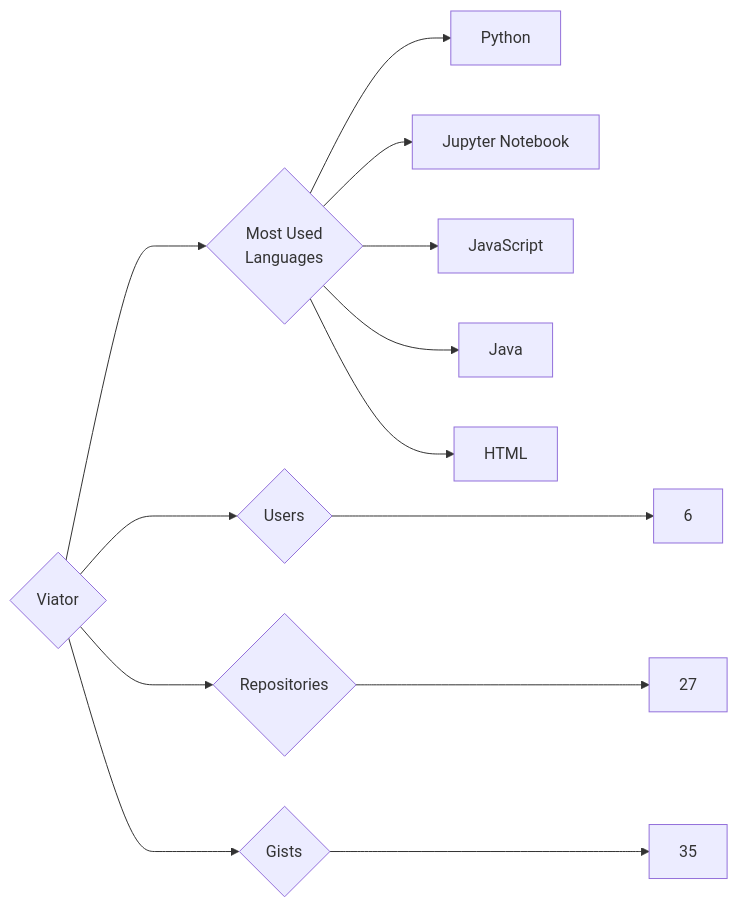
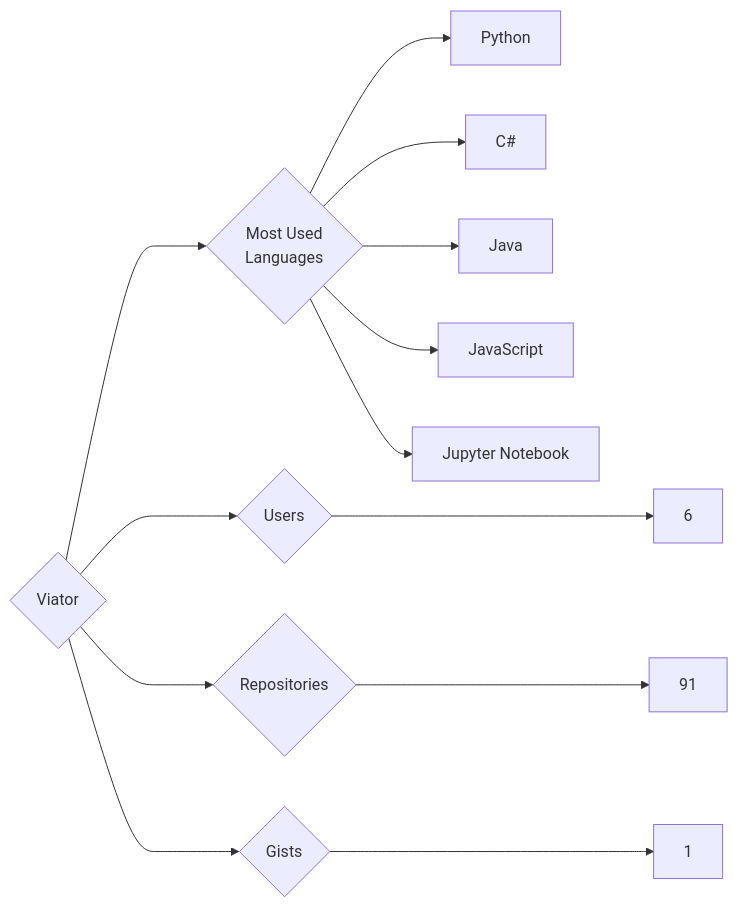
Before and after one commit to trickest/insiders: the diagram in targets/Viator/README.md, drawn with Mermaid. The commit also changed 953 other files, not shown here.

````diff
--- a/targets/Viator/README.md
+++ b/targets/Viator/README.md
@@ -3,13 +3,13 @@
 ```mermaid
 graph LR
 COMPANY_NAME{Viator}
 COMPANY_NAME ---> U{Users} ---> UN[6]
-COMPANY_NAME ---> R{Repositories} ---> RN[27]
-COMPANY_NAME ---> G{Gists} ---> GN[35]
+COMPANY_NAME ---> R{Repositories} ---> RN[91]
+COMPANY_NAME ---> G{Gists} ---> GN[1]
 COMPANY_NAME ---> ML{Most Used<br>Languages}
 ML --> Python[Python]
+ML --> C#[C#]
+ML --> Java[Java]
+ML --> JavaScript[JavaScript]
 ML --> Jupyter_Notebook[Jupyter Notebook]
-ML --> JavaScript[JavaScript]
-ML --> Java[Java]
-ML --> HTML[HTML]
 ```
````
